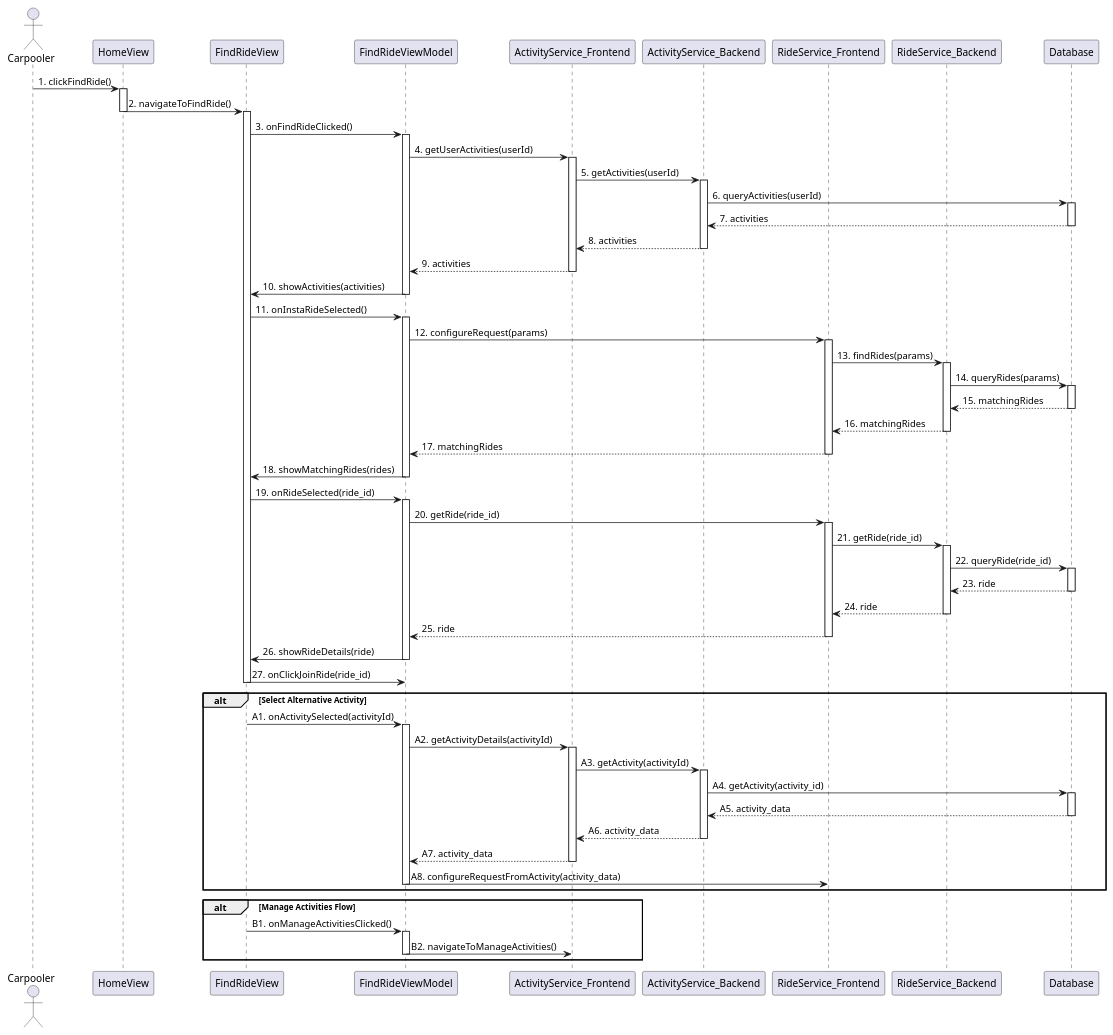
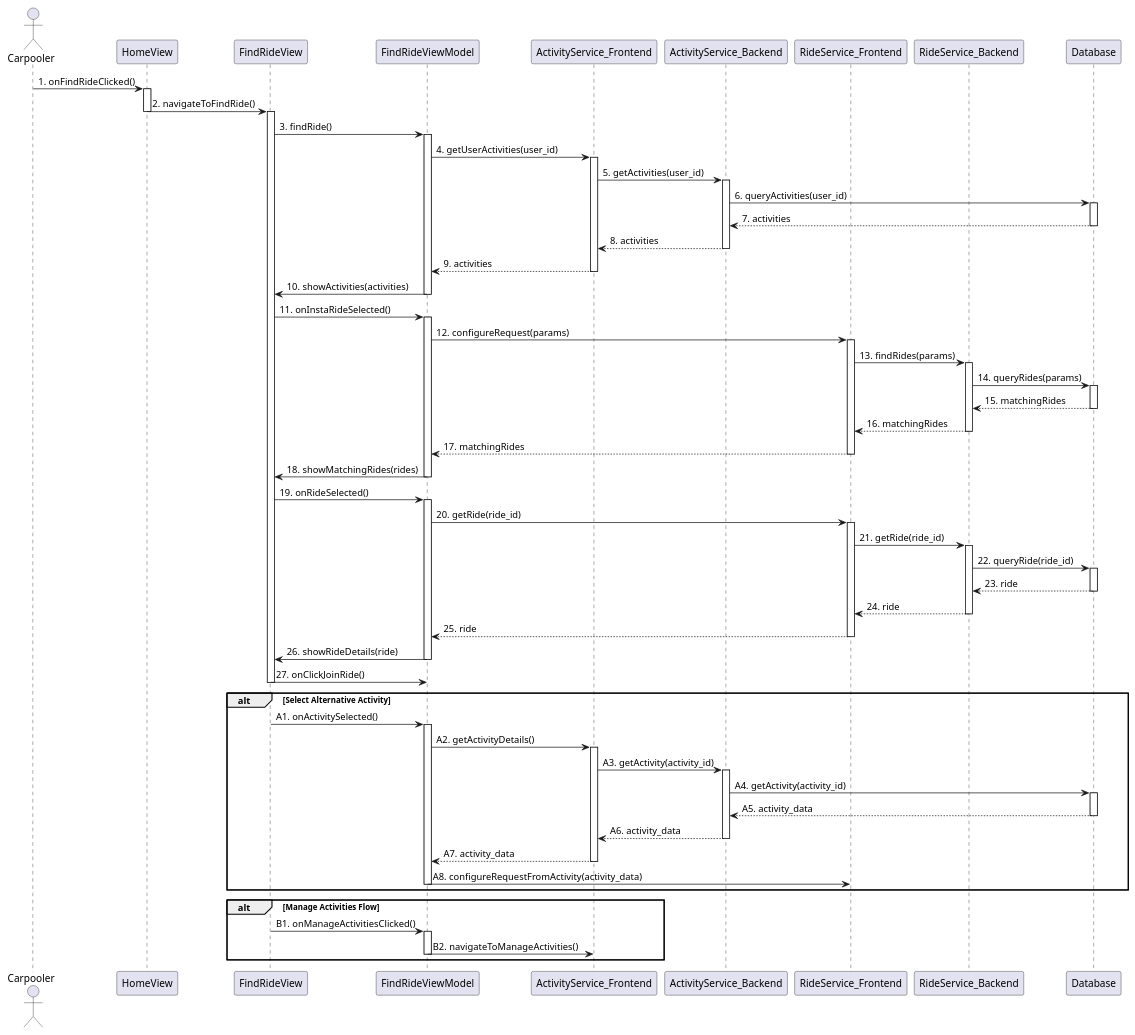
The diagram in reports/sequence/find-ride.plantuml (YannisRavasopoulos/ProjectSD_S6), drawn with PlantUML before and after one commit.

Commit message:
better update?

```diff
--- a/reports/sequence/find-ride.plantuml
+++ b/reports/sequence/find-ride.plantuml
@@ -1,122 +1,122 @@
 @startuml
 actor Carpooler
 participant "HomeView" as HomeView
 participant "FindRideView" as FindRideView
 participant "FindRideViewModel" as VM
 participant "ActivityService_Frontend" as ActSrv_F
 participant "ActivityService_Backend" as ActSrv_B
 participant "RideService_Frontend" as RideSrv_F
 participant "RideService_Backend" as RideSrv_B
 participant "Database" as DB
 
-Carpooler -> HomeView: 1. clickFindRide()
+Carpooler -> HomeView: 1. onFindRideClicked()
 activate HomeView
 HomeView -> FindRideView: 2. navigateToFindRide()
 deactivate HomeView
 activate FindRideView
-FindRideView -> VM: 3. onFindRideClicked()
+FindRideView -> VM: 3. findRide()
 activate VM
 
 box "Main Course of Events"
-  VM -> ActSrv_F: 4. getUserActivities(userId)
+  VM -> ActSrv_F: 4. getUserActivities(user_id)
   activate ActSrv_F
 
-  ActSrv_F -> ActSrv_B: 5. getActivities(userId)
+  ActSrv_F -> ActSrv_B: 5. getActivities(user_id)
   activate ActSrv_B
-  ActSrv_B -> DB: 6. queryActivities(userId)
+  ActSrv_B -> DB: 6. queryActivities(user_id)
   activate DB
   DB --> ActSrv_B: 7. activities
   deactivate DB
   ActSrv_B --> ActSrv_F: 8. activities
   deactivate ActSrv_B
 
   ActSrv_F --> VM: 9. activities
   deactivate ActSrv_F
 
   VM -> FindRideView: 10. showActivities(activities)
   deactivate VM
 end box
 
 box "Main Course (Insta‑Ride Selection → Show Matches)"
   FindRideView -> VM: 11. onInstaRideSelected()
   activate VM
 
   VM -> RideSrv_F: 12. configureRequest(params)
   activate RideSrv_F
 
   RideSrv_F -> RideSrv_B: 13. findRides(params)
   activate RideSrv_B
   RideSrv_B -> DB: 14. queryRides(params)
   activate DB
   DB --> RideSrv_B: 15. matchingRides
   deactivate DB
   RideSrv_B --> RideSrv_F: 16. matchingRides
   deactivate RideSrv_B
 
   RideSrv_F --> VM: 17. matchingRides
   deactivate RideSrv_F
 
   VM -> FindRideView: 18. showMatchingRides(rides)
   deactivate VM
 end box
 
-FindRideView -> VM: 19. onRideSelected(ride_id)
+FindRideView -> VM: 19. onRideSelected()
 activate VM
 VM -> RideSrv_F: 20. getRide(ride_id)
 activate RideSrv_F
 
 RideSrv_F -> RideSrv_B: 21. getRide(ride_id)
 activate RideSrv_B
 RideSrv_B -> DB: 22. queryRide(ride_id)
 activate DB
 DB --> RideSrv_B: 23. ride
 deactivate DB
 RideSrv_B --> RideSrv_F: 24. ride
 deactivate RideSrv_B
 
 RideSrv_F --> VM: 25. ride
 deactivate RideSrv_F
 VM -> FindRideView: 26. showRideDetails(ride)
 deactivate VM
 
-FindRideView -> VM: 27. onClickJoinRide(ride_id)
+FindRideView -> VM: 27. onClickJoinRide()
 deactivate FindRideView
 ' → continues with Join Ride UC
 
 alt Select Alternative Activity
   box "Alternative: Choose Activity"
-    FindRideView -> VM: A1. onActivitySelected(activityId)
+    FindRideView -> VM: A1. onActivitySelected()
     activate VM
     
-    VM -> ActSrv_F: A2. getActivityDetails(activityId)
+    VM -> ActSrv_F: A2. getActivityDetails()
     activate ActSrv_F
     
-    ActSrv_F -> ActSrv_B: A3. getActivity(activityId)
+    ActSrv_F -> ActSrv_B: A3. getActivity(activity_id)
     activate ActSrv_B
     
     ActSrv_B -> DB: A4. getActivity(activity_id)
     activate DB
     DB --> ActSrv_B: A5. activity_data
     deactivate DB
     
     ActSrv_B --> ActSrv_F: A6. activity_data
     deactivate ActSrv_B
     
     ActSrv_F --> VM: A7. activity_data
     deactivate ActSrv_F
     
     VM -> RideSrv_F: A8. configureRequestFromActivity(activity_data)
     deactivate VM
   end box
 end
 
 alt Manage Activities Flow
   box "Alternative: Manage Activities"
     FindRideView -> VM: B1. onManageActivitiesClicked()
     activate VM
     VM -> ActSrv_F: B2. navigateToManageActivities()
     deactivate VM
   end box
 end
 
 @enduml
```
